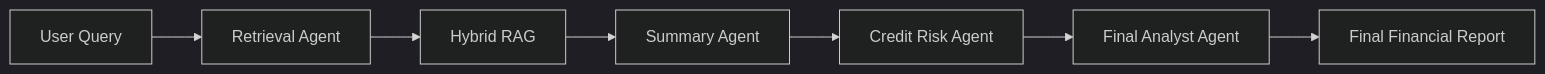
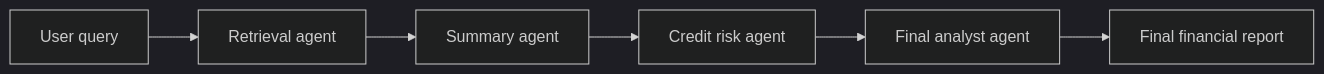
Before and after one commit to VivekMane57/finsight-ai: the second of 2 diagrams in README.md, drawn with Mermaid (dark theme). The commit also changed other lines of this file, not shown here.

````diff
--- a/README.md
+++ b/README.md
@@ -147,16 +65,8 @@
 ```mermaid
 flowchart LR
-
-A[User Query]
---> B[Retrieval Agent]
-
-B --> C[Hybrid RAG]
-
-C --> D[Summary Agent]
-
-D --> E[Credit Risk Agent]
-
-E --> F[Final Analyst Agent]
-
-F --> G[Final Financial Report]
+    A[User query] --> B[Retrieval agent]
+    B --> C[Summary agent]
+    C --> D[Credit risk agent]
+    D --> E[Final analyst agent]
+    E --> F[Final financial report]
 ```
````
